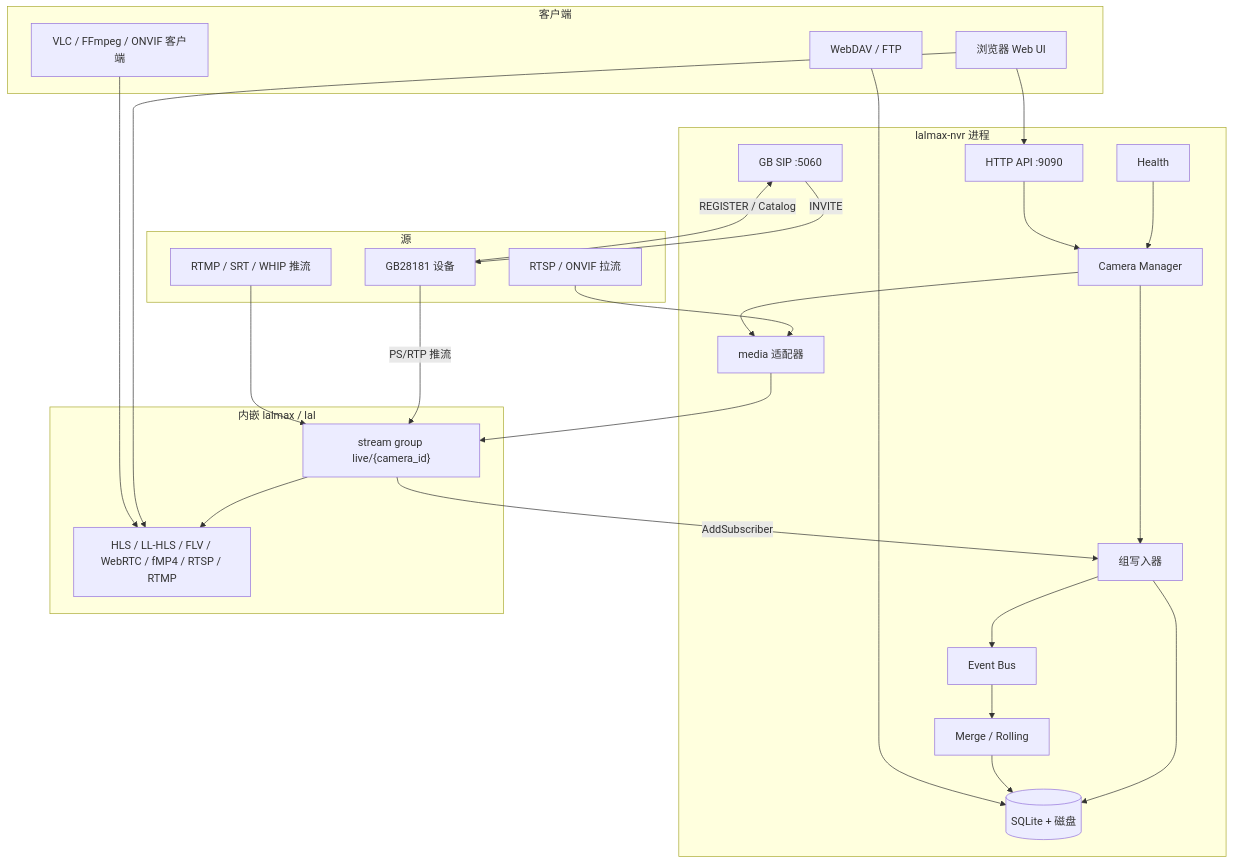
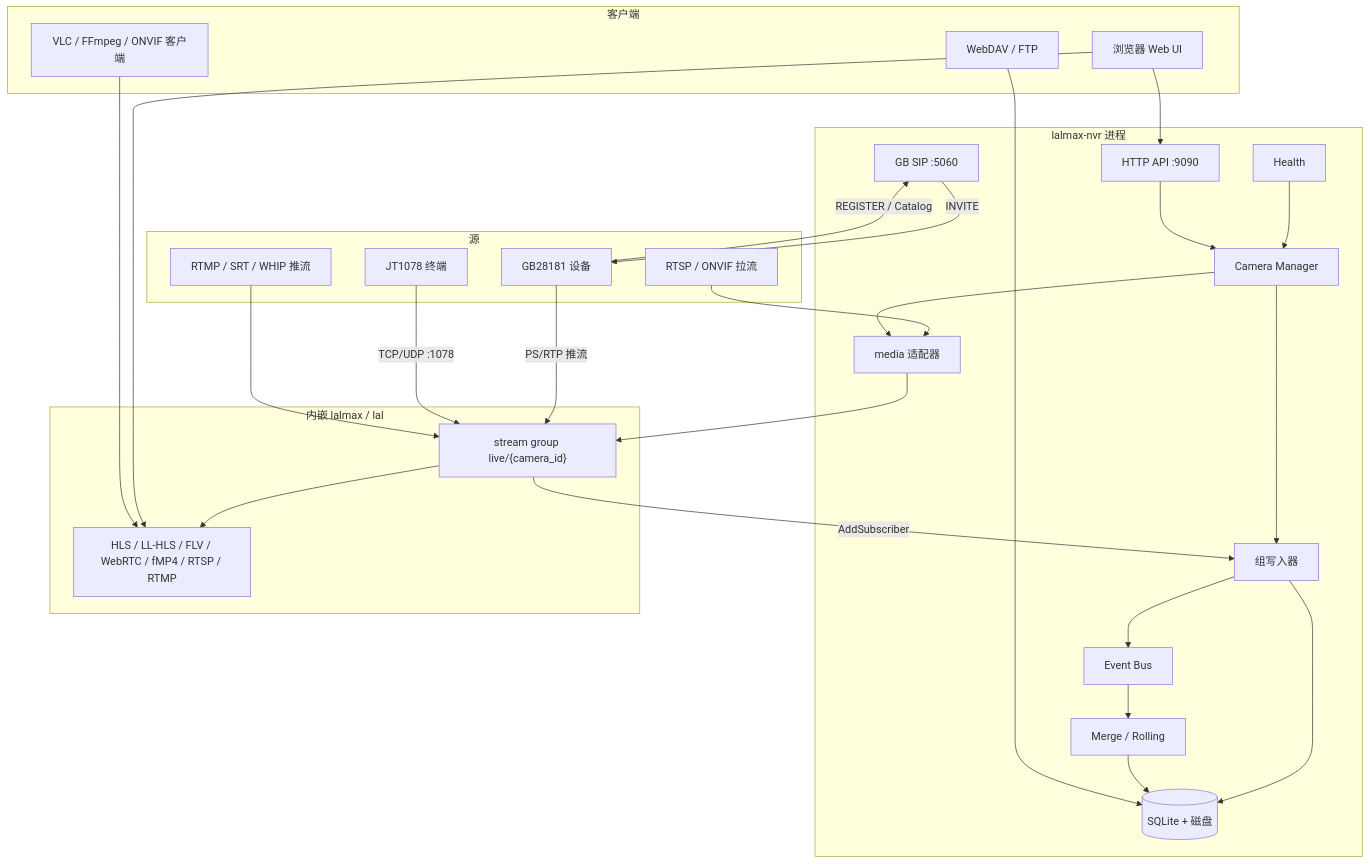
The first of 7 diagrams in docs/zh/architecture.md (lalmax-pro/lalmax-nvr), drawn with Mermaid before and after one commit. The commit also changed other lines of this file and 47 other files, not shown here.

````diff
--- a/docs/zh/architecture.md
+++ b/docs/zh/architecture.md
@@ -9,52 +9,54 @@
 ```mermaid
 flowchart TB
   subgraph clients [客户端]
     Browser[浏览器 Web UI]
     Player[VLC / FFmpeg / ONVIF 客户端]
     Files[WebDAV / FTP]
   end
 
   subgraph nvr [lalmax-nvr 进程]
     API[HTTP API :9090]
     CamMgr[Camera Manager]
     Rec[组写入器]
     Merge[Merge / Rolling]
     Health[Health]
     Bus[Event Bus]
     Store[(SQLite + 磁盘)]
     SIP[GB SIP :5060]
     MediaAdp[media 适配器]
   end
 
   subgraph engine [内嵌 lalmax / lal]
     Group["stream group live/{camera_id}"]
     Out[HLS / LL-HLS / FLV / WebRTC / fMP4 / RTSP / RTMP]
   end
 
   subgraph sources [源]
     RTSP[RTSP / ONVIF 拉流]
     GB[GB28181 设备]
     Push[RTMP / SRT / WHIP 推流]
+    JT[JT1078 终端]
   end
 
   RTSP --> MediaAdp
   GB -->|REGISTER / Catalog| SIP
   SIP -->|INVITE| GB
   GB -->|PS/RTP 推流| Group
+  JT -->|TCP/UDP :1078| Group
   Push --> Group
   MediaAdp --> Group
   Group --> Out
   Group -->|AddSubscriber| Rec
   Rec --> Store
   Rec --> Bus
   Bus --> Merge
   Merge --> Store
   CamMgr --> MediaAdp
   CamMgr --> Rec
   Health --> CamMgr
   API --> CamMgr
   Browser --> API
   Browser --> Out
   Player --> Out
   Files --> Store
 ```
````
